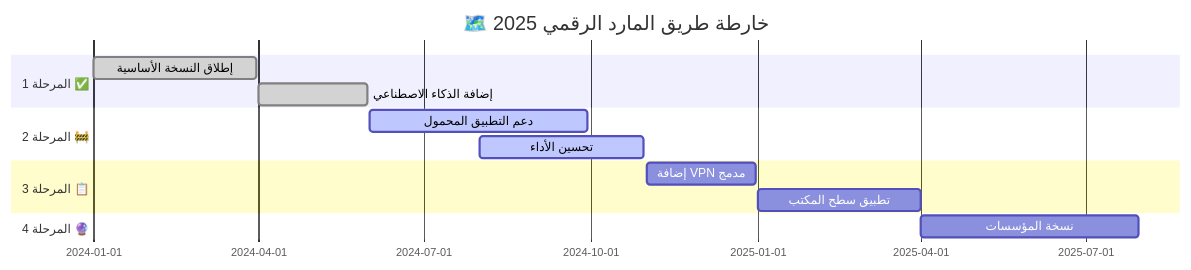
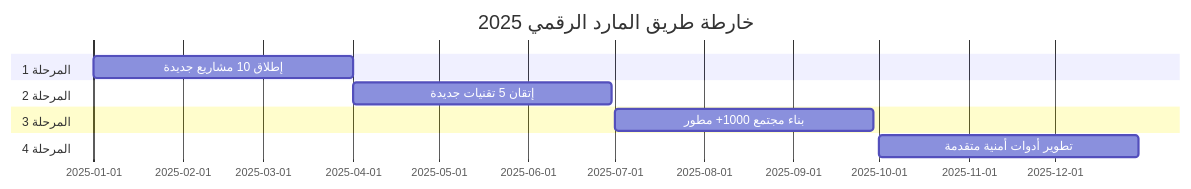
One commit to asrar-mared/asrar-mared changed the diagram in README.md. Above: the diagram before and after it, drawn with Mermaid. The commit also changed other lines of this file, not shown here.

````diff
--- a/README.md
+++ b/README.md
@@ -301,16 +490,13 @@
 ```mermaid
 gantt
-    title 🗺️ خارطة طريق المارد الرقمي 2025
+    title خارطة طريق المارد الرقمي 2025
     dateFormat  YYYY-MM-DD
-    section المرحلة 1 ✅
-    إطلاق النسخة الأساسية           :done, 2024-01-01, 90d
-    إضافة الذكاء الاصطناعي          :done, 2024-04-01, 60d
-    section المرحلة 2 🚧
-    دعم التطبيق المحمول             :active, 2024-06-01, 120d
-    تحسين الأداء                    :active, 2024-08-01, 90d
-    section المرحلة 3 📋
-    إضافة VPN مدمج                  :2024-11-01, 60d
-    تطبيق سطح المكتب                :2025-01-01, 90d
-    section المرحلة 4 🔮
-    نسخة المؤسسات                   :2025-04-01, 120d
+    section المرحلة 1
+    إطلاق 10 مشاريع جديدة       :2025-01-01, 90d
+    section المرحلة 2
+    إتقان 5 تقنيات جديدة        :2025-04-01, 90d
+    section المرحلة 3
+    بناء مجتمع 1000+ مطور       :2025-07-01, 90d
+    section المرحلة 4
+    تطوير أدوات أمنية متقدمة    :2025-10-01, 90d
 ```
````
